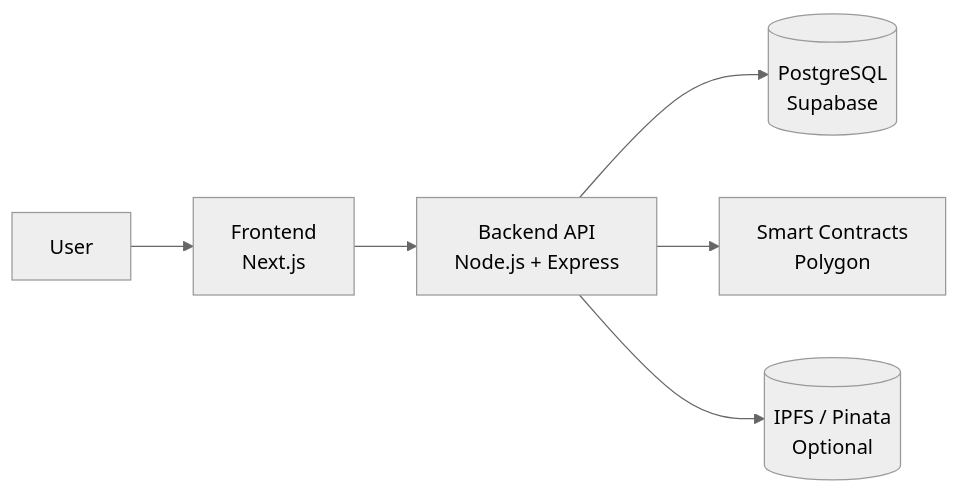
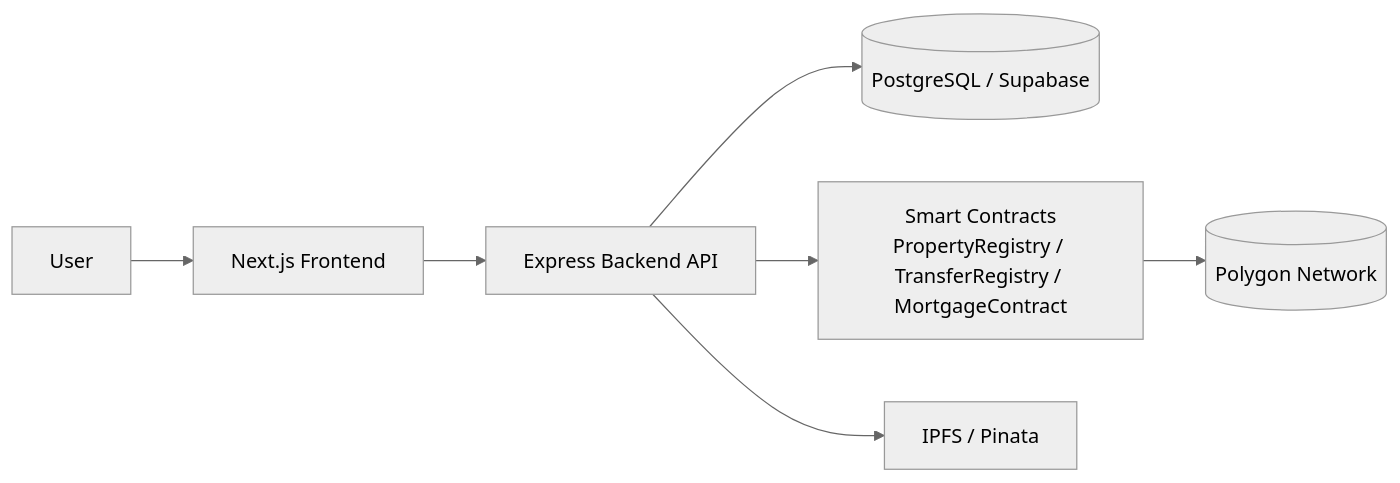
Before and after one commit to abhay-0912/landchain-platform: the diagram in README.md, drawn with Mermaid (neutral theme). The commit also changed other lines of this file, not shown here.

````diff
--- a/README.md
+++ b/README.md
@@ -75,8 +88,9 @@
-~~~mermaid
+```mermaid
 flowchart LR
-	 U[User] --> F[Frontend<br/>Next.js]
-	 F --> B[Backend API<br/>Node.js + Express]
-	 B --> D[(PostgreSQL<br/>Supabase)]
-	 B --> C[Smart Contracts<br/>Polygon]
-	 B --> I[(IPFS / Pinata<br/>Optional)]
-~~~
+	 A[User] --> B[Next.js Frontend]
+	 B --> C[Express Backend API]
+	 C --> D[(PostgreSQL / Supabase)]
+	 C --> E[Smart Contracts<br/>PropertyRegistry / TransferRegistry / MortgageContract]
+	 C --> F[IPFS / Pinata]
+	 E --> G[(Polygon Network)]
+```
````
